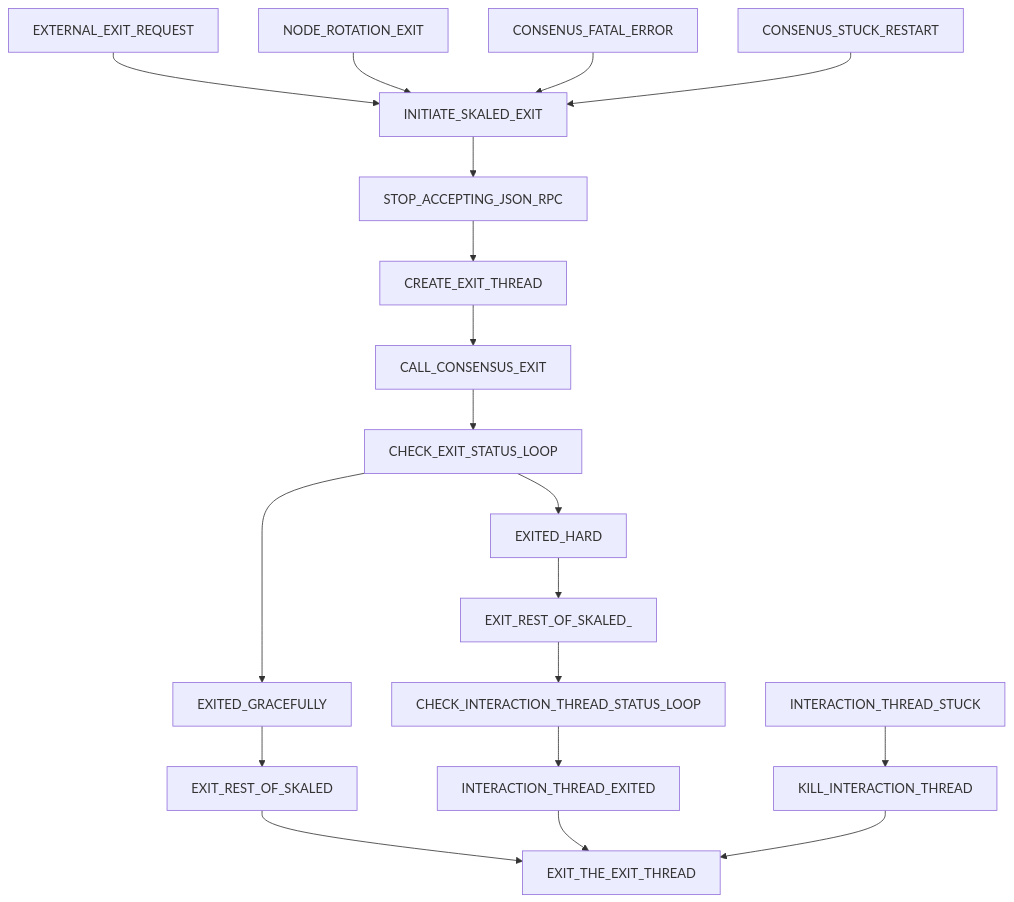
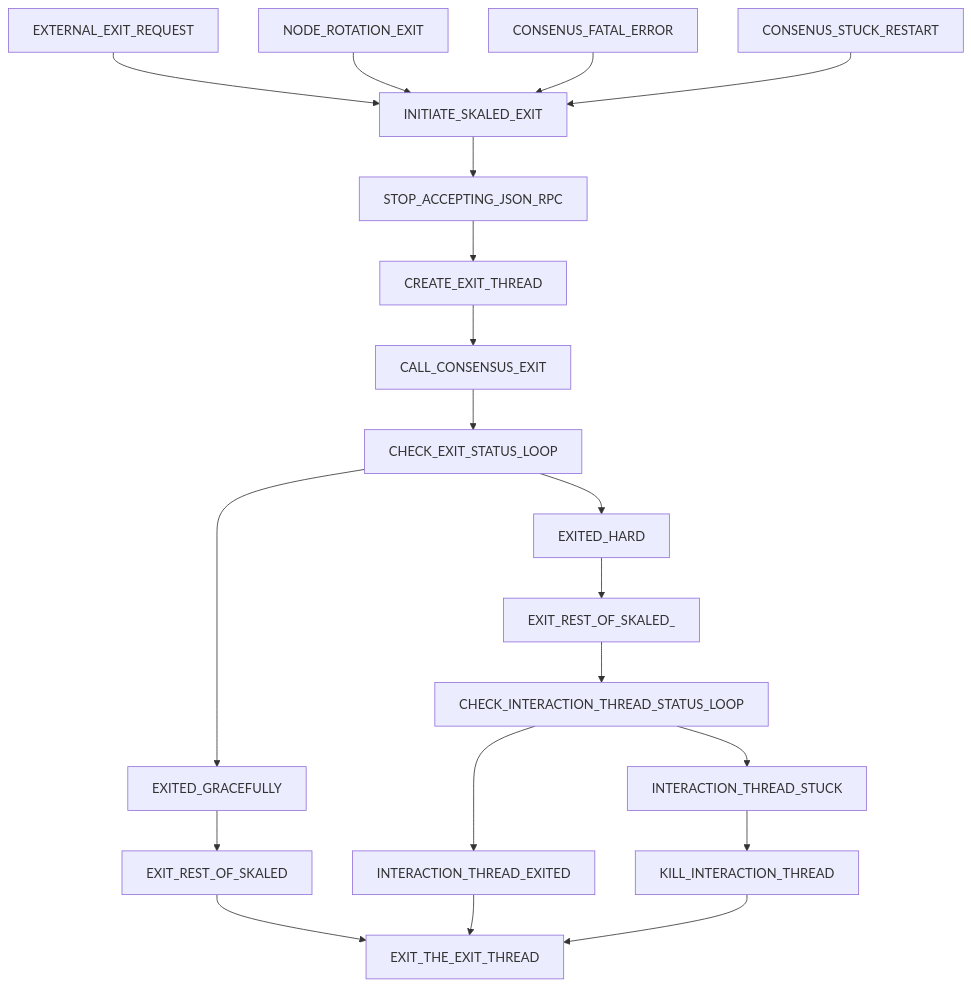
The diagram in docs/exit.md (skalenetwork/skale-consensus), drawn with Mermaid before and after one commit.

Commit message:
1425 threading rules

````diff
--- a/docs/exit.md
+++ b/docs/exit.md
@@ -16,21 +16,22 @@
 ```mermaid
 graph TD;
     EXTERNAL_EXIT_REQUEST-->INITIATE_SKALED_EXIT
     NODE_ROTATION_EXIT-->INITIATE_SKALED_EXIT
     CONSENUS_FATAL_ERROR-->INITIATE_SKALED_EXIT
     CONSENUS_STUCK_RESTART-->INITIATE_SKALED_EXIT
     INITIATE_SKALED_EXIT-->STOP_ACCEPTING_JSON_RPC
     STOP_ACCEPTING_JSON_RPC-->CREATE_EXIT_THREAD;
     CREATE_EXIT_THREAD-->CALL_CONSENSUS_EXIT;
     CALL_CONSENSUS_EXIT-->CHECK_EXIT_STATUS_LOOP;
     CHECK_EXIT_STATUS_LOOP-->EXITED_GRACEFULLY;
     EXITED_GRACEFULLY-->EXIT_REST_OF_SKALED;
     EXIT_REST_OF_SKALED-->EXIT_THE_EXIT_THREAD;
     CHECK_EXIT_STATUS_LOOP-->EXITED_HARD;
     EXITED_HARD-->EXIT_REST_OF_SKALED_
     EXIT_REST_OF_SKALED_-->CHECK_INTERACTION_THREAD_STATUS_LOOP
     CHECK_INTERACTION_THREAD_STATUS_LOOP-->INTERACTION_THREAD_EXITED
+    CHECK_INTERACTION_THREAD_STATUS_LOOP-->INTERACTION_THREAD_STUCK
     INTERACTION_THREAD_EXITED-->EXIT_THE_EXIT_THREAD
     INTERACTION_THREAD_STUCK-->KILL_INTERACTION_THREAD
     KILL_INTERACTION_THREAD-->EXIT_THE_EXIT_THREAD
 ```
````
